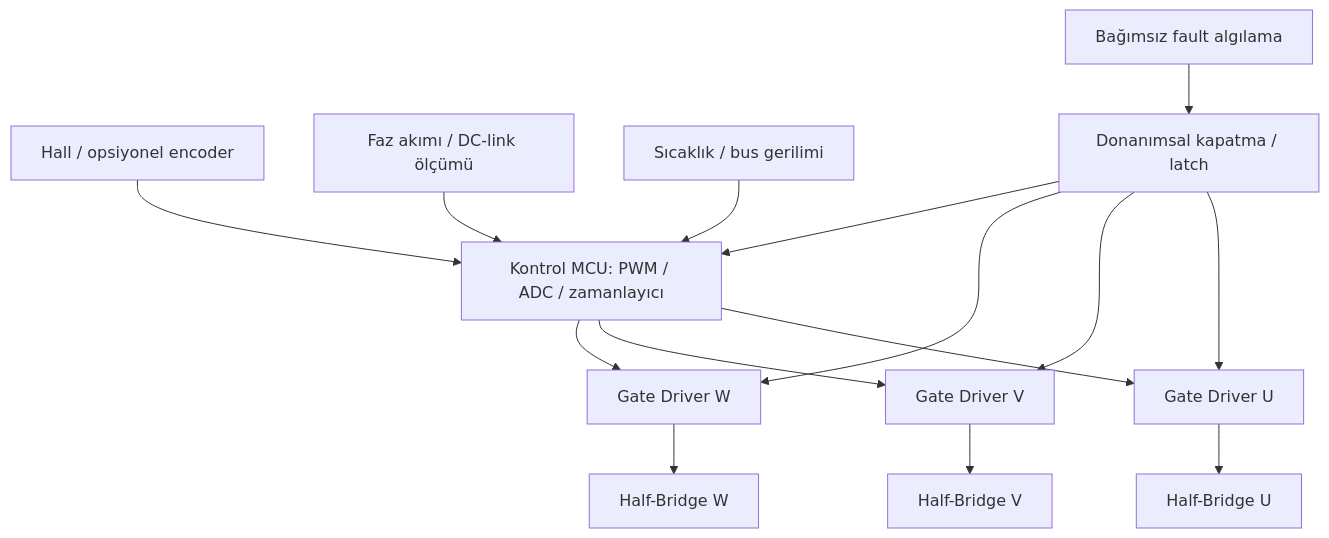
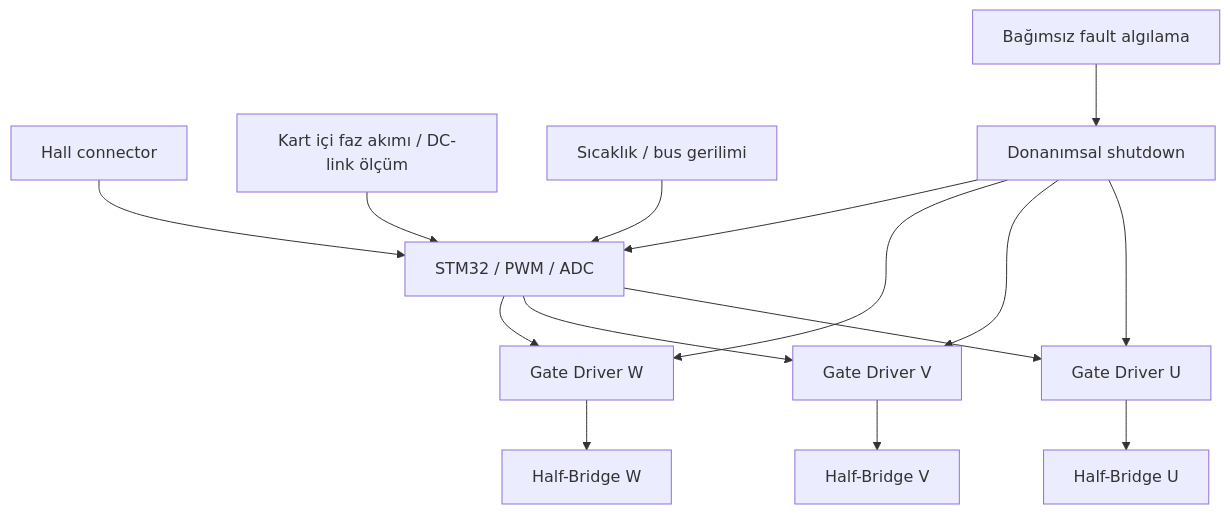
Before and after one commit to ErhanHTML/BLDC_Motor_Driver: the second of 2 diagrams in docs/03-diagrams.md, drawn with Mermaid. The commit also changed other lines of this file and 3 other files, not shown here.

````diff
--- a/docs/03-diagrams.md
+++ b/docs/03-diagrams.md
@@ -22,17 +19,17 @@
 ```mermaid
 flowchart TD
-  MCU[Kontrol MCU: PWM / ADC / zamanlayıcı] --> GA[Gate Driver U]
+  MCU[STM32 / PWM / ADC] --> GA[Gate Driver U]
   MCU --> GB[Gate Driver V]
   MCU --> GC[Gate Driver W]
   GA --> A[Half-Bridge U]
   GB --> B[Half-Bridge V]
   GC --> C[Half-Bridge W]
-  H[Hall / opsiyonel encoder] --> MCU
-  IA[Faz akımı / DC-link ölçümü] --> MCU
-  TEMP[Sıcaklık / bus gerilimi] --> MCU
-  CMP[Bağımsız fault algılama] --> LATCH[Donanımsal kapatma / latch]
+  H[Hall connector] --> MCU
+  IA[Kart içi faz akımı / DC-link ölçüm] --> MCU
+  T[Sıcaklık / bus gerilimi] --> MCU
+  CMP[Bağımsız fault algılama] --> LATCH[Donanımsal shutdown]
   LATCH --> GA
   LATCH --> GB
   LATCH --> GC
   LATCH --> MCU
 ```
````
